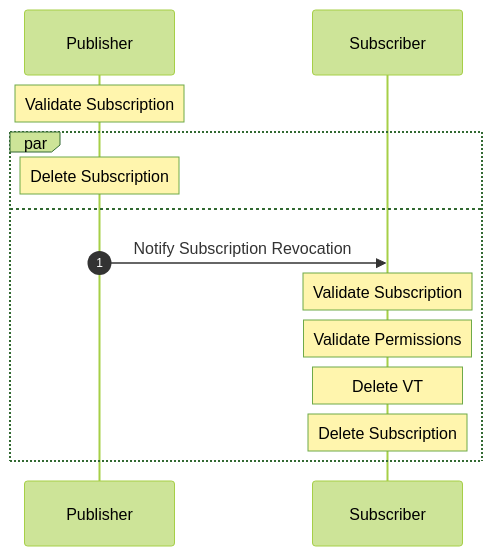
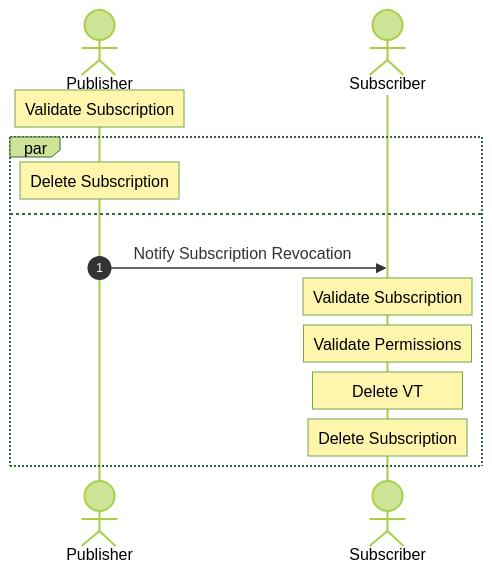
One commit to nathan-fiscaletti/coattail changed the third of 3 diagrams in docs/subscription.md. Above: the diagram before and after it, drawn with Mermaid (forest theme). The commit also changed other lines of this file and 13 other files, not shown here.

````diff
--- a/docs/subscription.md
+++ b/docs/subscription.md
@@ -47,19 +45,19 @@
 ```mermaid
 sequenceDiagram
     autonumber
 
-    participant Publisher
-    participant Subscriber
+    actor Publisher
+    actor Subscriber
 
     Note over Publisher: Validate Subscription
 
     par
         Note over Publisher: Delete Subscription
     and
         Publisher ->> Subscriber: Notify Subscription Revocation
         Note over Subscriber: Validate Subscription
         Note over Subscriber: Validate Permissions
         Note over Subscriber: Delete VT
         Note over Subscriber: Delete Subscription
     end
 ```
````
